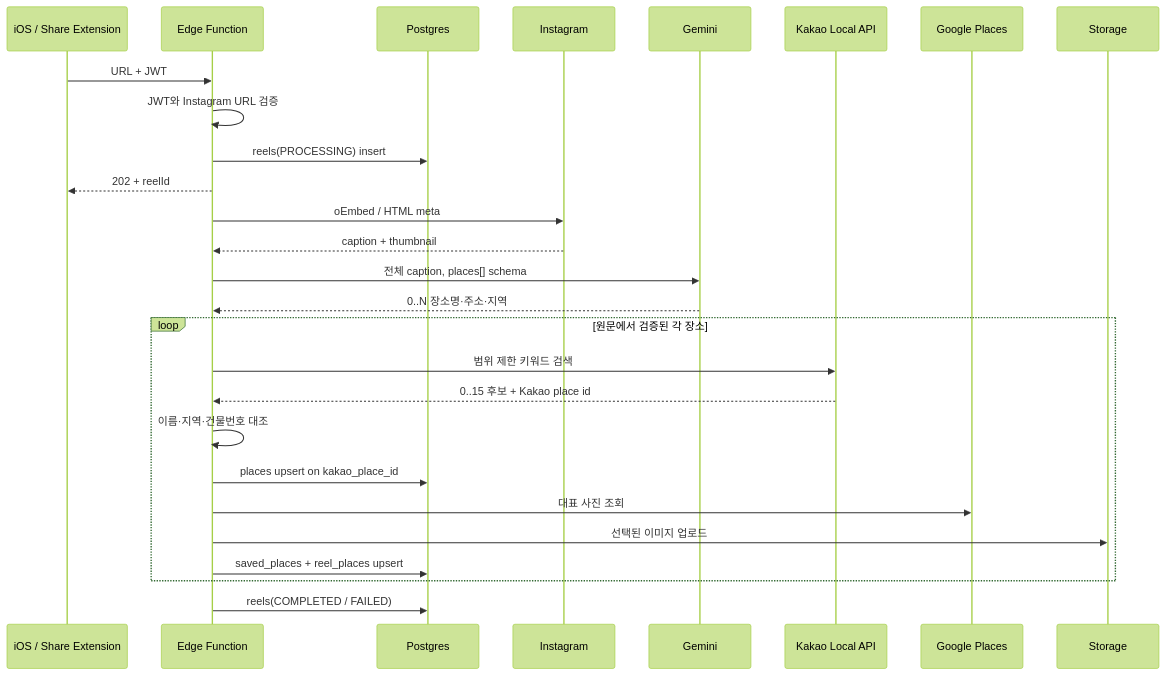
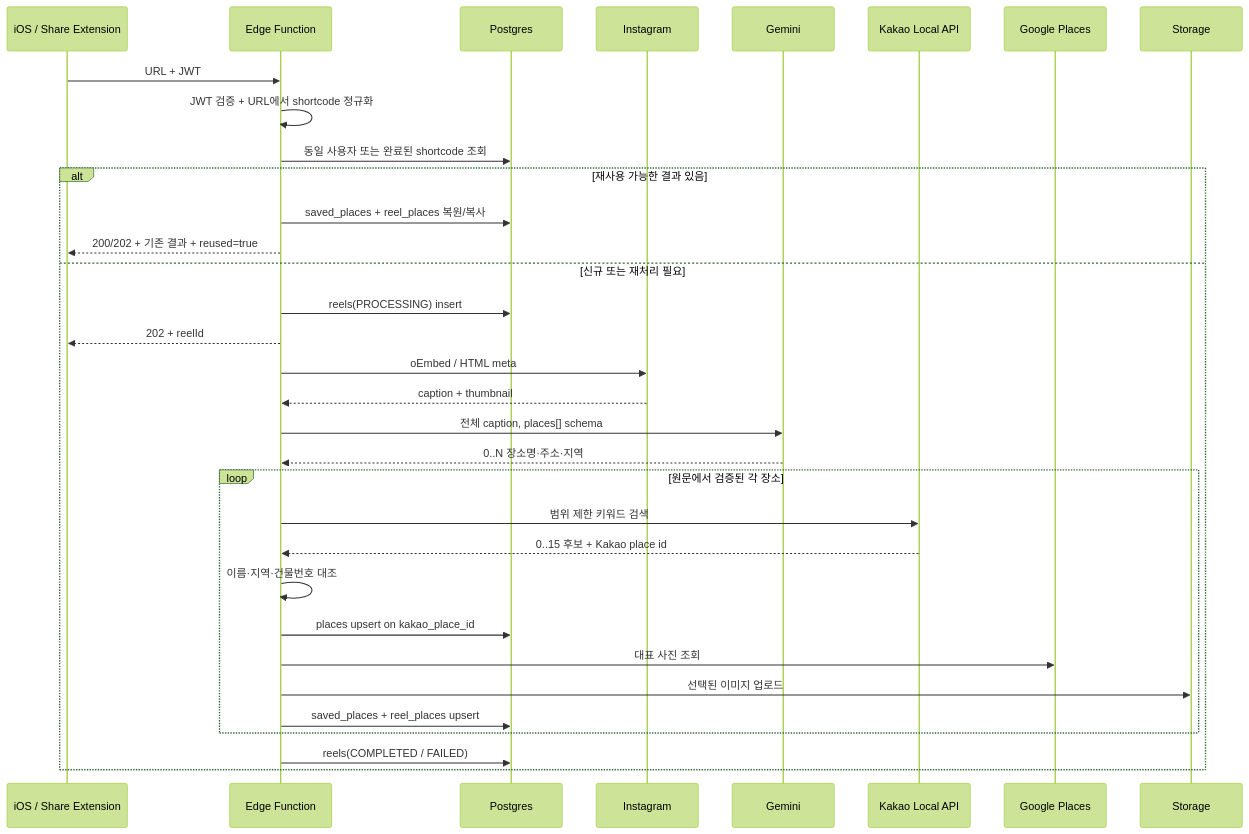
One commit to Jiihyun/yeogidam changed the diagram in docs/save-instagram-reel-flow.md. Above: the diagram before and after it, drawn with Mermaid (forest theme). The commit also changed other lines of this file and 9 other files, not shown here.

````diff
--- a/docs/save-instagram-reel-flow.md
+++ b/docs/save-instagram-reel-flow.md
@@ -28,30 +28,36 @@
 ```mermaid
 sequenceDiagram
     participant U as iOS / Share Extension
     participant F as Edge Function
     participant D as Postgres
     participant I as Instagram
     participant AI as Gemini
     participant K as Kakao Local API
     participant G as Google Places
     participant S as Storage
 
     U->>F: URL + JWT
-    F->>F: JWT와 Instagram URL 검증
+    F->>F: JWT 검증 + URL에서 shortcode 정규화
+    F->>D: 동일 사용자 또는 완료된 shortcode 조회
+    alt 재사용 가능한 결과 있음
+        F->>D: saved_places + reel_places 복원/복사
+        F-->>U: 200/202 + 기존 결과 + reused=true
+    else 신규 또는 재처리 필요
     F->>D: reels(PROCESSING) insert
     F-->>U: 202 + reelId
     F->>I: oEmbed / HTML meta
     I-->>F: caption + thumbnail
     F->>AI: 전체 caption, places[] schema
     AI-->>F: 0..N 장소명·주소·지역
     loop 원문에서 검증된 각 장소
         F->>K: 범위 제한 키워드 검색
         K-->>F: 0..15 후보 + Kakao place id
         F->>F: 이름·지역·건물번호 대조
         F->>D: places upsert on kakao_place_id
         F->>G: 대표 사진 조회
         F->>S: 선택된 이미지 업로드
         F->>D: saved_places + reel_places upsert
     end
     F->>D: reels(COMPLETED / FAILED)
+    end
 ```
````
